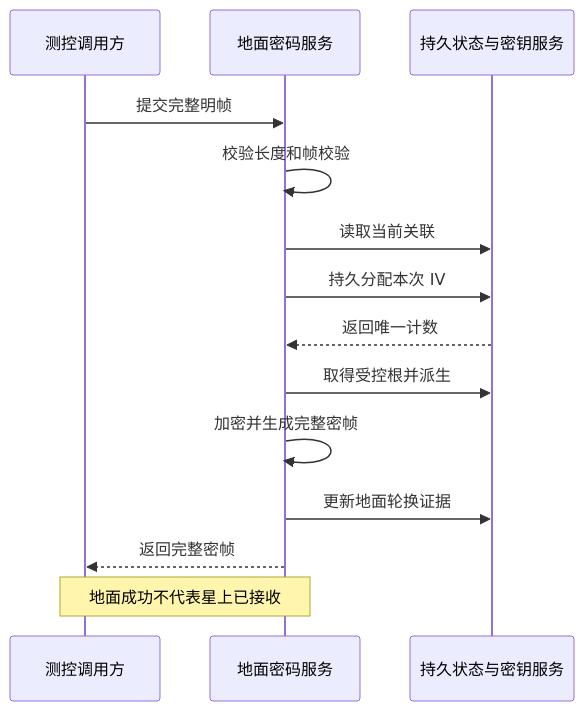
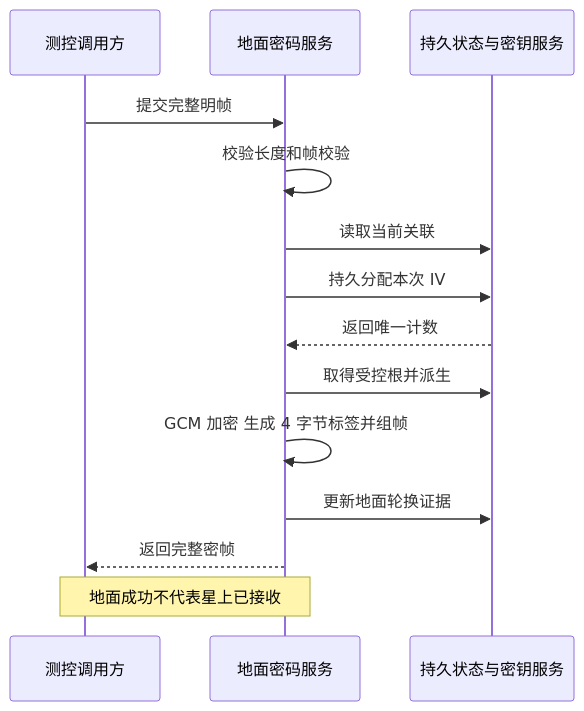
Before and after one commit to HangzeGao/key-vault: the first of 4 diagrams in docs/GROUND_TC_INTERFACE_MANUAL.md, drawn with Mermaid. The commit also changed other lines of this file and 92 other files, not shown here.

````diff
--- a/docs/GROUND_TC_INTERFACE_MANUAL.md
+++ b/docs/GROUND_TC_INTERFACE_MANUAL.md
@@ -87,16 +89,16 @@
 ```mermaid
 sequenceDiagram
     participant C as 测控调用方
     participant G as 地面密码服务
     participant S as 持久状态与密钥服务
     C->>G: 提交完整明帧
     G->>G: 校验长度和帧校验
     G->>S: 读取当前关联
     G->>S: 持久分配本次 IV
     S-->>G: 返回唯一计数
     G->>S: 取得受控根并派生
-    G->>G: 加密并生成完整密帧
+    G->>G: GCM 加密 生成 4 字节标签并组帧
     G->>S: 更新地面轮换证据
     G-->>C: 返回完整密帧
     Note over C,G: 地面成功不代表星上已接收
 ```
````
